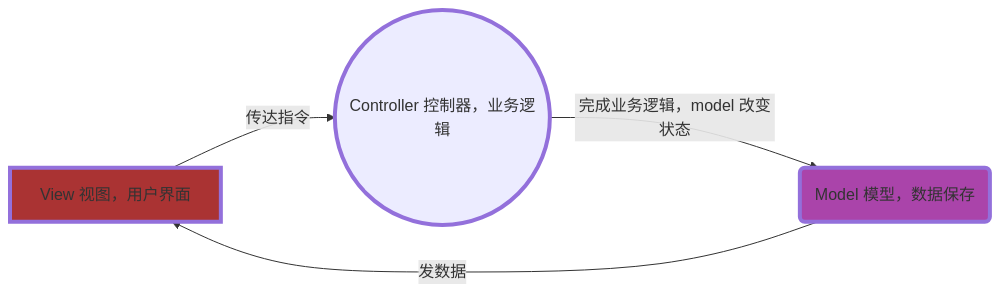
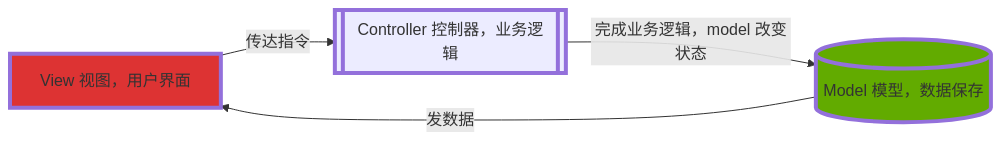
One commit to HelenZhangLP/blog changed the first of 2 diagrams in source/_drafts/MVVM-双向绑定绑定原理.md. Above: the diagram before and after it, drawn with Mermaid. The commit also changed other lines of this file and 13 other files, not shown here.

````diff
--- a/source/_drafts/MVVM-双向绑定绑定原理.md
+++ b/source/_drafts/MVVM-双向绑定绑定原理.md
@@ -17,14 +18,14 @@
 ```mermaid
-  graph LR;
+  flowchart LR;
   view["View 视图，用户界面"]
-  controller(("Controller 控制器，业务逻辑"))
-  model("Model 模型，数据保存")
+  controller[["Controller 控制器，业务逻辑"]]
+  model[("Model 模型，数据保存")]
   
-  style view fill:#a33,stroke-width:4px;
+  style view fill:#d33,stroke-width:4px;
   style controller stroke-width:4px;
-  style model fill:#a4a,stroke-width:4px;
+  style model fill:#62ab00,stroke-width:4px;
   
   view -->|传达指令| controller
   controller -->|"完成业务逻辑，model 改变状态"| model
   model -->|发数据| view
 ```
````
